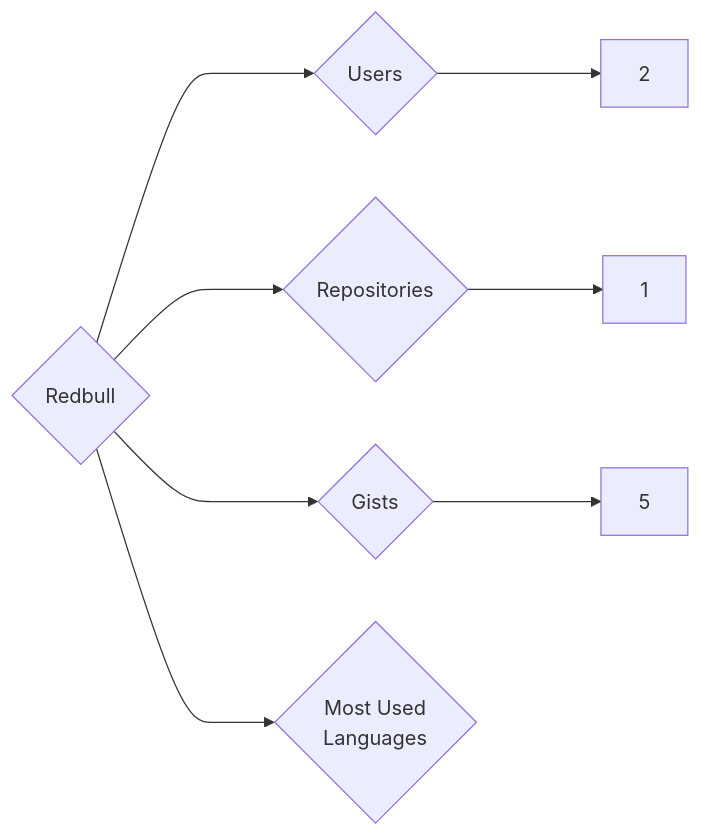
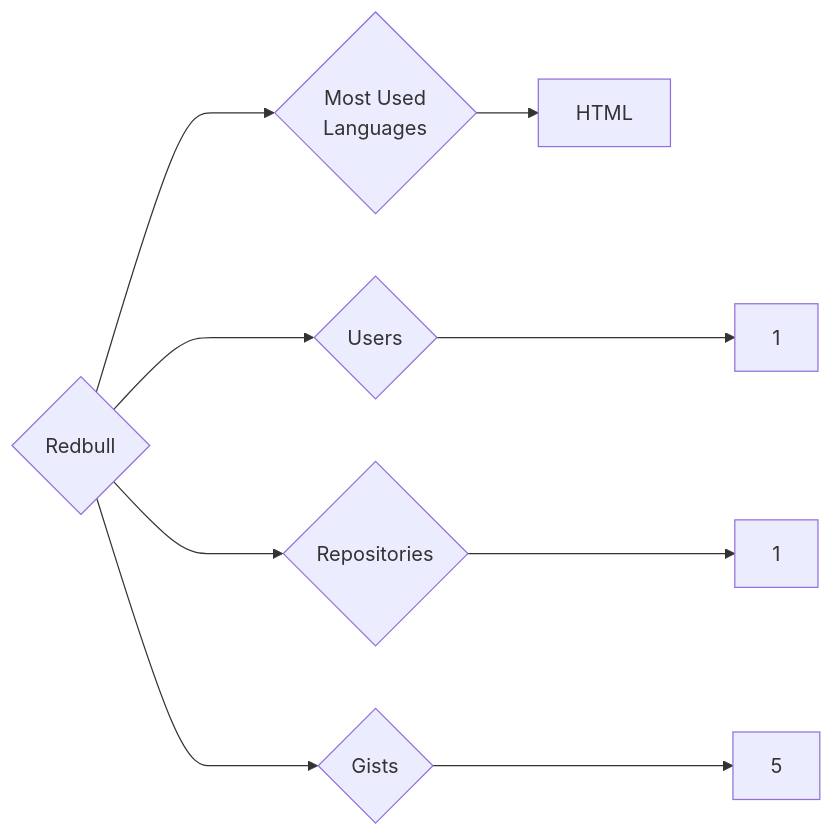
One commit to trickest/insiders changed the diagram in targets/Redbull/README.md. Above: the diagram before and after it, drawn with Mermaid. The commit also changed 799 other files, not shown here.

````diff
--- a/targets/Redbull/README.md
+++ b/targets/Redbull/README.md
@@ -3,8 +3,9 @@
 ```mermaid
 graph LR
 COMPANY_NAME{Redbull}
-COMPANY_NAME ---> U{Users} ---> UN[2]
+COMPANY_NAME ---> U{Users} ---> UN[1]
 COMPANY_NAME ---> R{Repositories} ---> RN[1]
 COMPANY_NAME ---> G{Gists} ---> GN[5]
 COMPANY_NAME ---> ML{Most Used<br>Languages}
+ML --> HTML[HTML]
 ```
````
